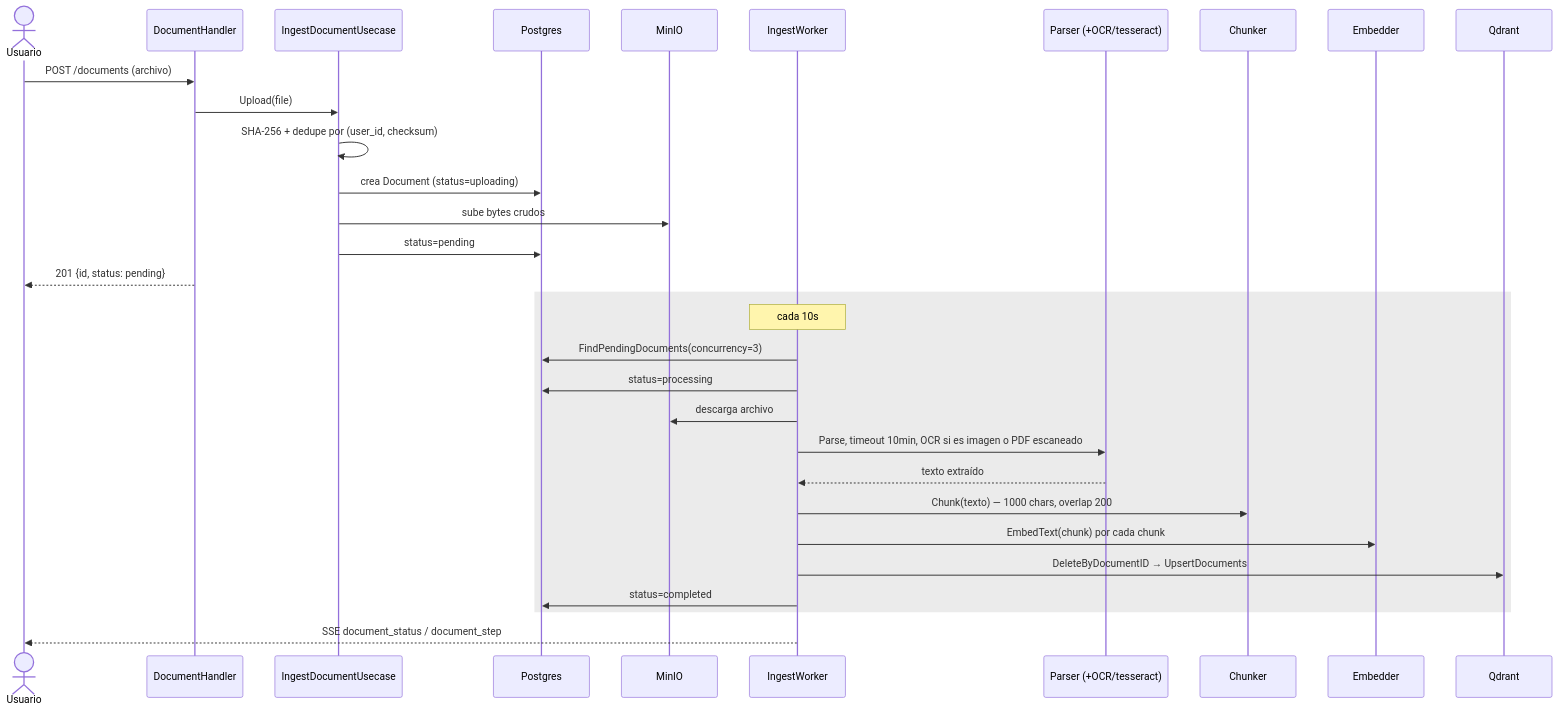
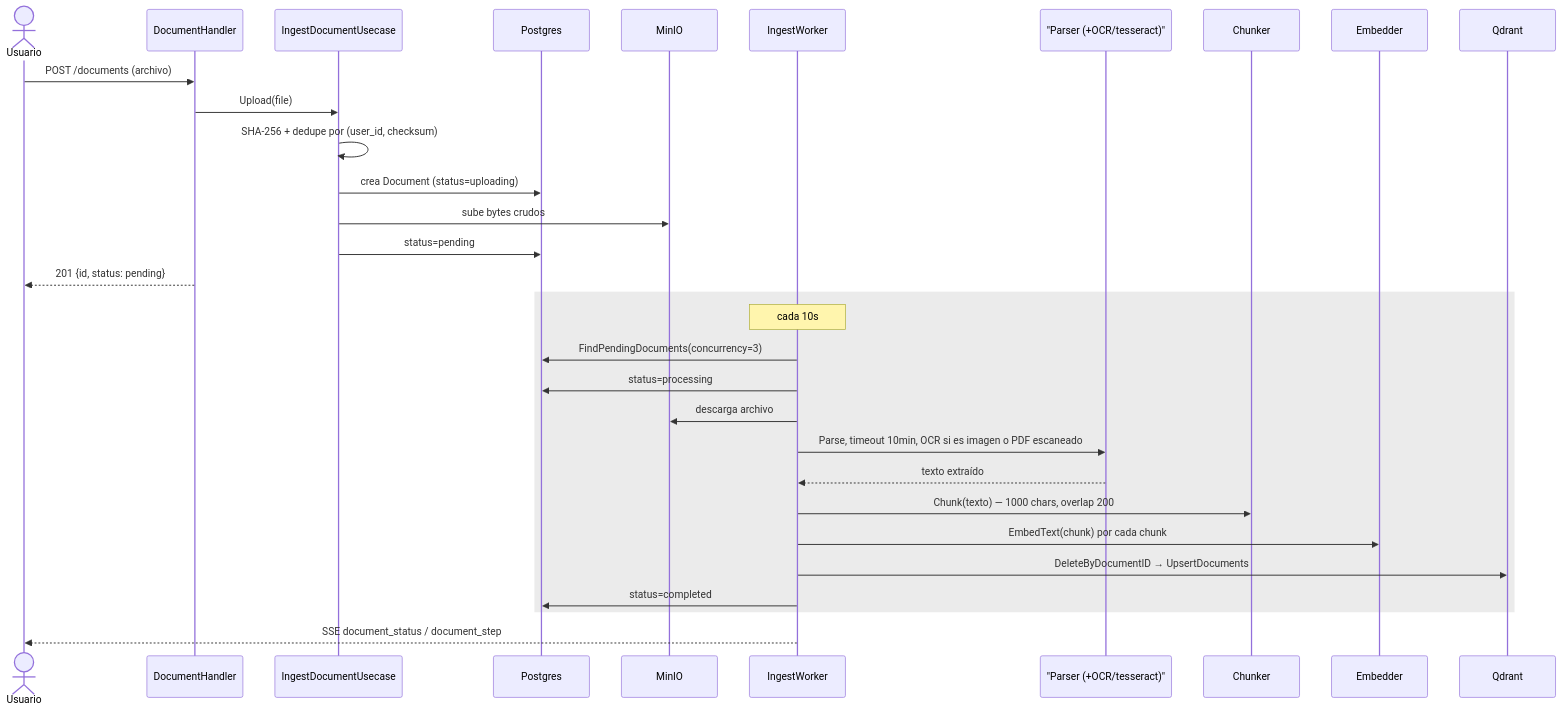
One commit to whoAngeel/rago changed the third of 6 diagrams in README.md. Above: the diagram before and after it, drawn with Mermaid. The commit also changed other lines of this file and 8 other files, not shown here.

````diff
--- a/README.md
+++ b/README.md
@@ -148,35 +148,35 @@
 ```mermaid
 sequenceDiagram
     actor U as Usuario
     participant API as DocumentHandler
     participant UC as IngestDocumentUsecase
     participant PG as Postgres
     participant MI as MinIO
     participant W as IngestWorker
-    participant P as Parser (+OCR/tesseract)
+    participant P as "Parser (+OCR/tesseract)"
     participant C as Chunker
     participant E as Embedder
     participant Q as Qdrant
 
     U->>API: POST /documents (archivo)
     API->>UC: Upload(file)
     UC->>UC: SHA-256 + dedupe por (user_id, checksum)
     UC->>PG: crea Document (status=uploading)
     UC->>MI: sube bytes crudos
     UC->>PG: status=pending
     API-->>U: 201 {id, status: pending}
 
     rect rgb(235,235,235)
     note over W: cada 10s
     W->>PG: FindPendingDocuments(concurrency=3)
     W->>PG: status=processing
     W->>MI: descarga archivo
     W->>P: Parse, timeout 10min, OCR si es imagen o PDF escaneado
     P-->>W: texto extraído
     W->>C: Chunk(texto) — 1000 chars, overlap 200
     W->>E: EmbedText(chunk) por cada chunk
     W->>Q: DeleteByDocumentID → UpsertDocuments
     W->>PG: status=completed
     end
     W-->>U: SSE document_status / document_step
 ```
````
